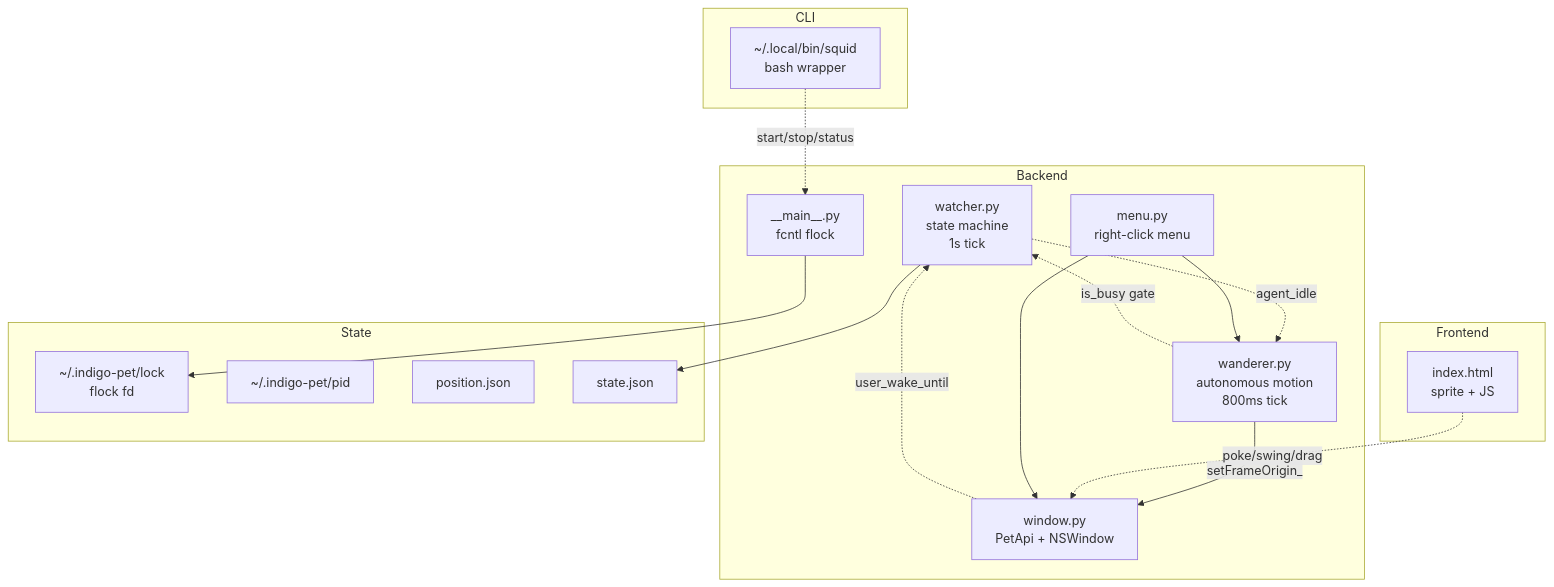
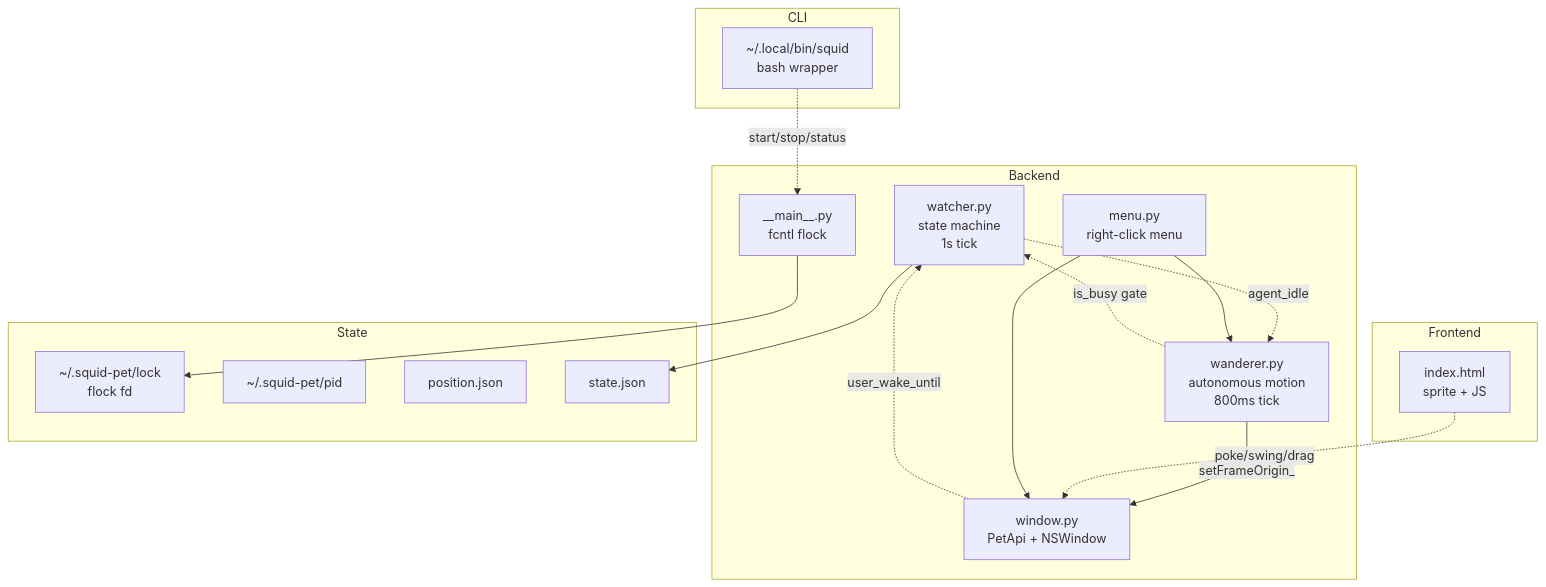
One commit to sirshecomesthisway/indigo-pet changed the diagram in openspec/changes/archive/2026-06-12-interactivity-deltas-2026-06-08/design.md. Above: the diagram before and after it, drawn with Mermaid. The commit also changed other lines of this file and 62 other files, not shown here.

First line of the commit message:
rename: indigo-pet -> squid-pet (project name matches pet character)

````diff
--- a/openspec/changes/archive/2026-06-12-interactivity-deltas-2026-06-08/design.md
+++ b/openspec/changes/archive/2026-06-12-interactivity-deltas-2026-06-08/design.md
@@ -5,36 +5,36 @@
 ```mermaid
 graph TD
     subgraph Backend
         Watcher[watcher.py<br/>state machine<br/>1s tick]
         Wanderer[wanderer.py<br/>autonomous motion<br/>800ms tick]
         WindowMod[window.py<br/>PetApi + NSWindow]
         Singleton[__main__.py<br/>fcntl flock]
         Menu[menu.py<br/>right-click menu]
     end
 
     subgraph Frontend
         HTML[index.html<br/>sprite + JS]
     end
 
     subgraph CLI
         Squid[~/.local/bin/squid<br/>bash wrapper]
     end
 
     subgraph State
-        Lock[~/.indigo-pet/lock<br/>flock fd]
-        Pid[~/.indigo-pet/pid]
+        Lock[~/.squid-pet/lock<br/>flock fd]
+        Pid[~/.squid-pet/pid]
         Pos[position.json]
         StJ[state.json]
     end
 
     Singleton --> Lock
     Squid -.start/stop/status.-> Singleton
     Watcher --> StJ
     Watcher -.agent_idle.-> Wanderer
     Wanderer -.is_busy gate.-> Watcher
     Wanderer -->|setFrameOrigin_| WindowMod
     HTML -.poke/swing/drag.-> WindowMod
     WindowMod -.user_wake_until.-> Watcher
     Menu --> Wanderer
     Menu --> WindowMod
 ```
````
